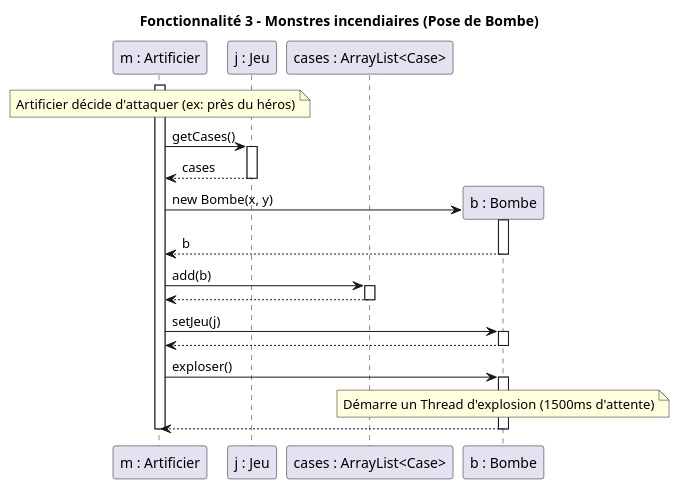
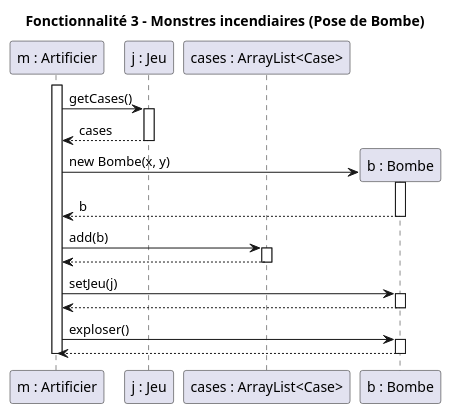
Before and after one commit to lucas-martinati-pro/SAE_S2.01_Zeldiablo-LucasM_JeanLM_PierreGSV: the diagram in documents/version_4/Diagrammes Séquence/Fonctionnalité 3.puml, drawn with PlantUML. The commit also changed 1 other file, not shown here.

```diff
--- a/documents/version_4/Diagrammes Séquence/Fonctionnalité 3.puml
+++ b/documents/version_4/Diagrammes Séquence/Fonctionnalité 3.puml
@@ -1,38 +1,36 @@
 @startuml
 title Fonctionnalité 3 - Monstres incendiaires (Pose de Bombe)
 
 participant "m : Artificier" as Artificier
 participant "j : Jeu" as Jeu
 participant "cases : ArrayList<Case>" as Cases
 
 activate Artificier
-note over Artificier: Artificier décide d'attaquer (ex: près du héros)
 Artificier -> Jeu : getCases()
 activate Jeu
 Jeu --> Artificier : cases
 deactivate Jeu
 
 create "b : Bombe" as Bombe
 Artificier -> Bombe : new Bombe(x, y)
 activate Bombe
 Bombe --> Artificier : b
 deactivate Bombe
 
 Artificier -> Cases : add(b)
 activate Cases
 Cases --> Artificier
 deactivate Cases
 
 Artificier -> Bombe : setJeu(j)
 activate Bombe
 Bombe --> Artificier
 deactivate Bombe
 
 Artificier -> Bombe : exploser()
 activate Bombe
-note over Bombe: Démarre un Thread d'explosion (1500ms d'attente)
 Bombe --> Artificier
 deactivate Bombe
 
 deactivate Artificier
 @enduml
```
